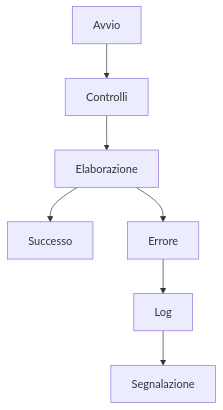
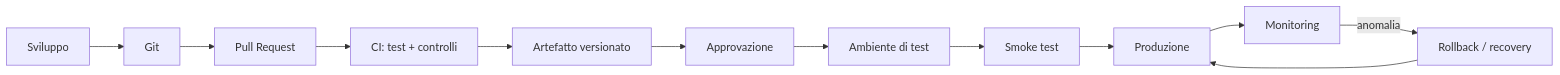
One commit to andreabz/R_per_IT changed the second of 2 diagrams in 05-deployment.qmd. Above: the diagram before and after it, drawn with Mermaid. The commit also changed other lines of this file, not shown here.

````diff
--- a/05-deployment.qmd
+++ b/05-deployment.qmd
@@ -289,17 +665,14 @@
 ```{mermaid}
-flowchart TD
-    START["Avvio"]
-    CHECK["Controlli"]
-    RUN["Elaborazione"]
-    OK["Successo"]
-    ERR["Errore"]
-    LOG["Log"]
-    ALERT["Segnalazione"]
-
-    START --> CHECK
-    CHECK --> RUN
-    RUN --> OK
-    RUN --> ERR
-    ERR --> LOG
-    LOG --> ALERT
+flowchart LR
+    DEV["Sviluppo"] --> GIT["Git"]
+    GIT --> PR["Pull Request"]
+    PR --> CI["CI: test + controlli"]
+    CI --> ART["Artefatto versionato"]
+    ART --> APPROVE["Approvazione"]
+    APPROVE --> TEST["Ambiente di test"]
+    TEST --> SMOKE["Smoke test"]
+    SMOKE --> PROD["Produzione"]
+    PROD --> MON["Monitoring"]
+    MON -->|anomalia| ROLLBACK["Rollback / recovery"]
+    ROLLBACK --> PROD
 ```
````
